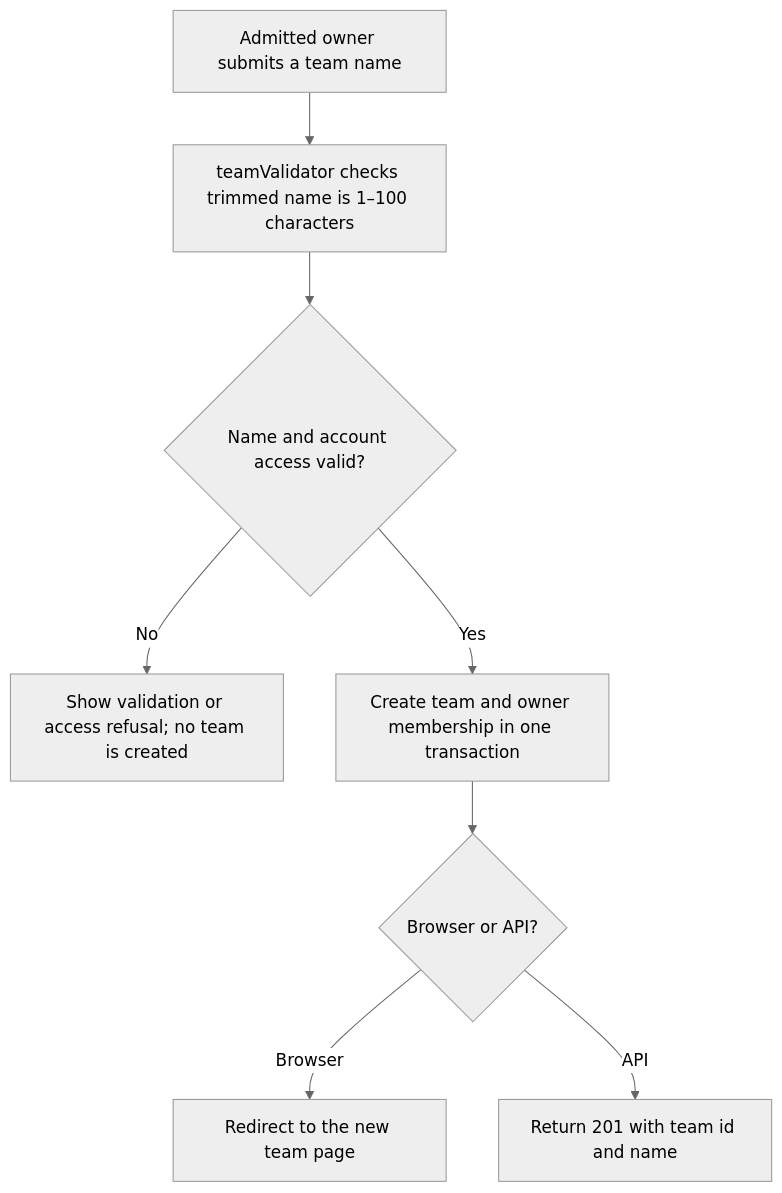
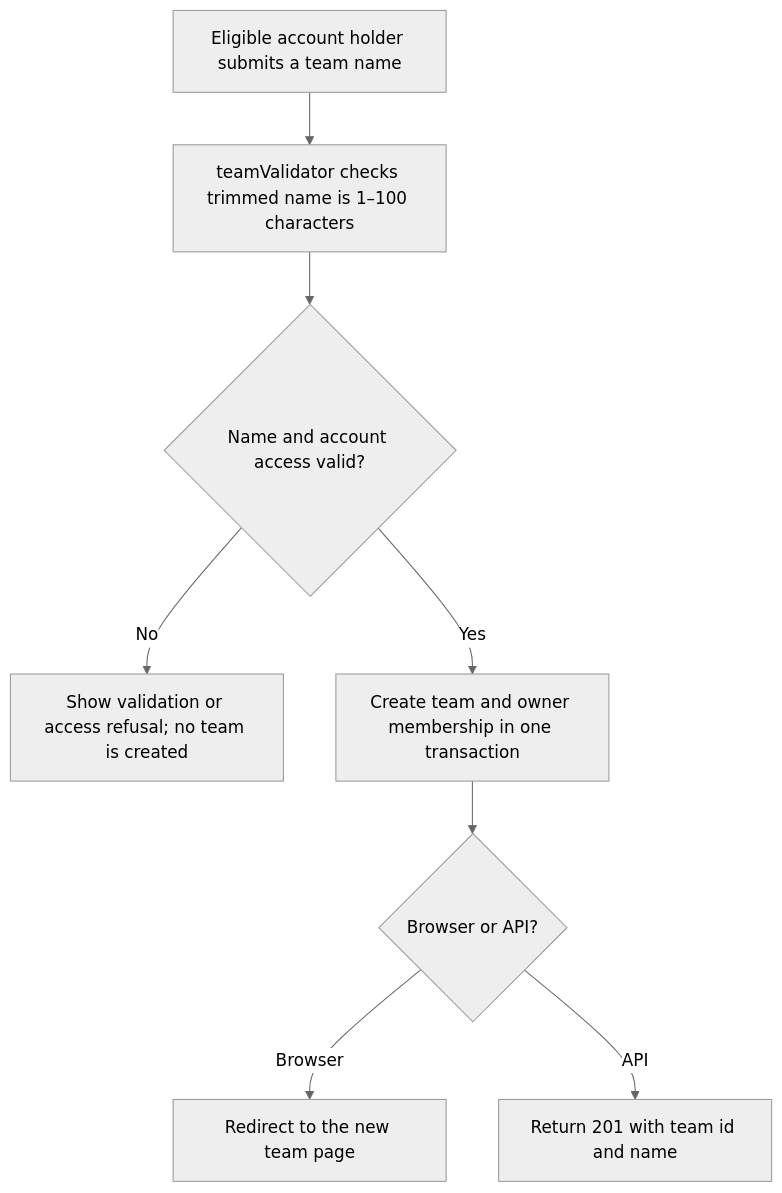
Before and after one commit to Kevinjohn/oss-adonisjs-starter-examples: the first of 2 diagrams in user-stories/teams/us-team-01-create-team.md, drawn with Mermaid (neutral theme). The commit also changed other lines of this file and 4 other files, not shown here.

````diff
--- a/user-stories/teams/us-team-01-create-team.md
+++ b/user-stories/teams/us-team-01-create-team.md
@@ -25,10 +25,10 @@
 ```mermaid
 flowchart TD
-    A["Admitted owner submits a team name"] --> B["teamValidator checks trimmed name is 1–100 characters"]
+    A["Eligible account holder submits a team name"] --> B["teamValidator checks trimmed name is 1–100 characters"]
     B --> C{"Name and account access valid?"}
     C -->|No| D["Show validation or access refusal; no team is created"]
     C -->|Yes| E["Create team and owner membership in one transaction"]
     E --> F{"Browser or API?"}
     F -->|Browser| G["Redirect to the new team page"]
     F -->|API| H["Return 201 with team id and name"]
 ```
````
